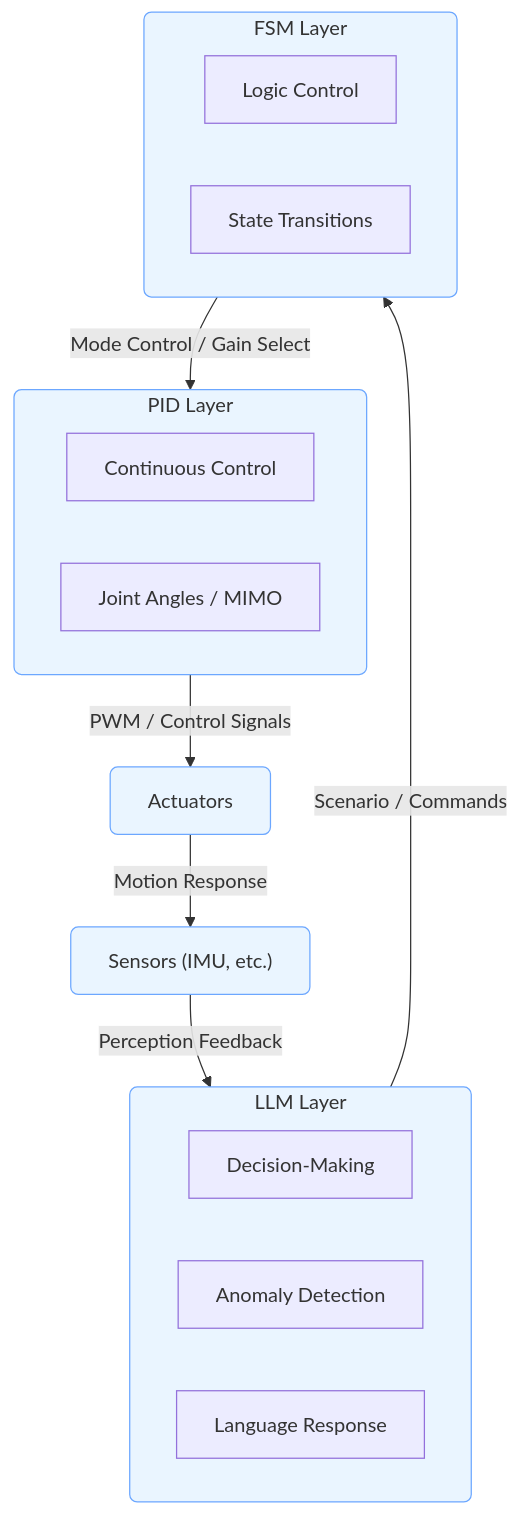
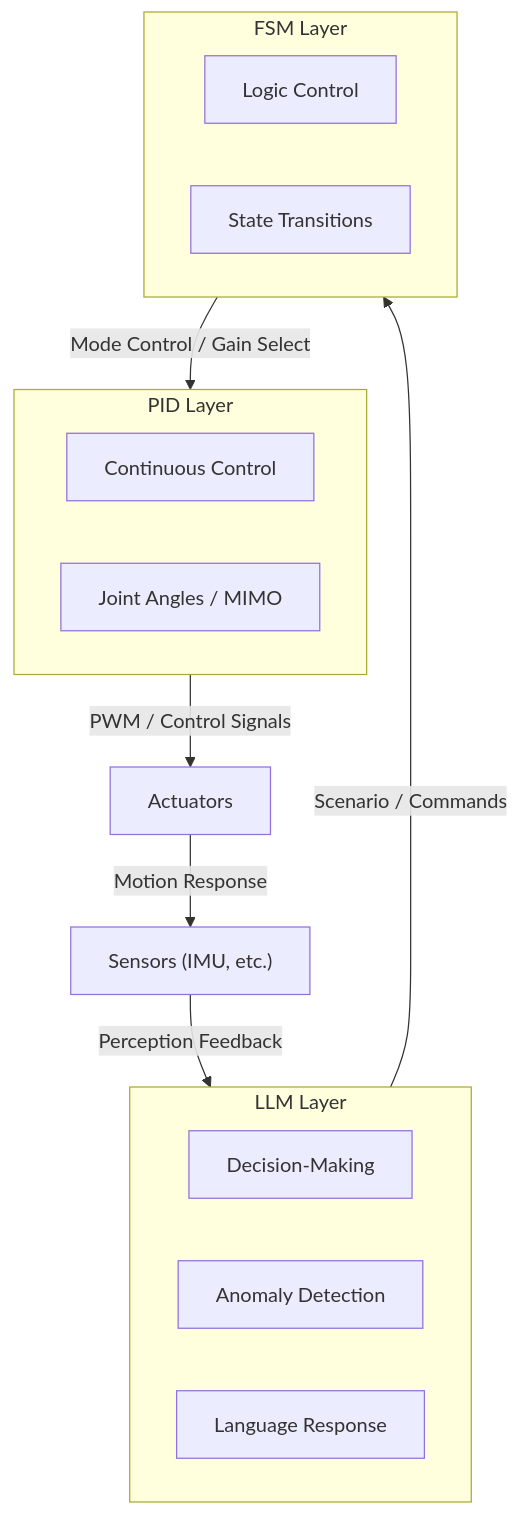
The first of 2 diagrams in en/index.md (Samizo-AITL/AITL-H), drawn with Mermaid before and after one commit. The commit also changed other lines of this file, not shown here.

````diff
--- a/en/index.md
+++ b/en/index.md
@@ -62,29 +59,22 @@
 ```mermaid
 flowchart TB
   subgraph LLM["LLM Layer"]
     L1[Decision-Making]
     L2[Anomaly Detection]
     L3[Language Response]
   end
   subgraph PID["PID Layer"]
     P1[Continuous Control]
     P2[Joint Angles / MIMO]
   end
   subgraph FSM["FSM Layer"]
     F1[Logic Control]
     F2[State Transitions]
   end
 
   LLM -->|Scenario / Commands| FSM
   FSM -->|Mode Control / Gain Select| PID
   PID -->|PWM / Control Signals| ACT["Actuators"]
   ACT -->|Motion Response| SEN["Sensors (IMU, etc.)"]
   SEN -->|Perception Feedback| LLM
-
-  classDef box fill:#eaf5ff,stroke:#6ca7ff,stroke-width:1px,rx:6,ry:6;
-  class LLM,PID,FSM,ACT,SEN box
-
-  click F1 "https://github.com/Samizo-AITL/AITL-H/search?q=fsm_engine.py" "FSM Implementation"
-  click P1 "https://github.com/Samizo-AITL/AITL-H/search?q=pid_controller.py" "PID Implementation"
-  click L1 "https://github.com/Samizo-AITL/AITL-H/search?q=llm_interface.py" "LLM Interface"
 ```
````
